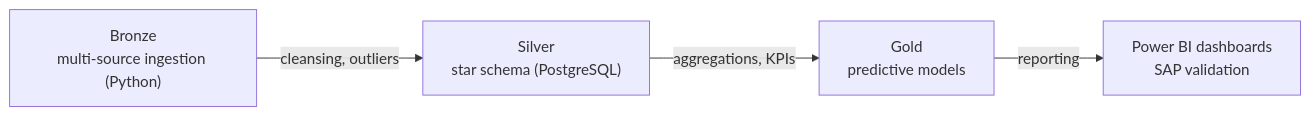
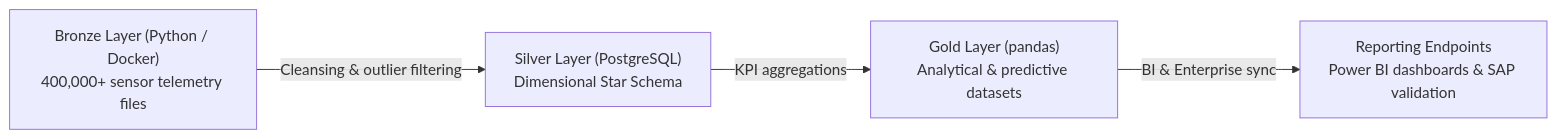
Before and after one commit to Rorro101004/Rorro101004: the second of 3 diagrams in README.md, drawn with Mermaid. The commit also changed other lines of this file and 1 other file, not shown here.

````diff
--- a/README.md
+++ b/README.md
@@ -80,6 +80,6 @@
 ```mermaid
 flowchart LR
-    A["Bronze<br/>multi-source ingestion (Python)"] -->|cleansing, outliers| B["Silver<br/>star schema (PostgreSQL)"]
-    B -->|aggregations, KPIs| C["Gold<br/>predictive models"]
-    C -->|reporting| D["Power BI dashboards<br/>SAP validation"]
+    A["Bronze Layer (Python / Docker)<br/>400,000+ sensor telemetry files"] -->|Cleansing & outlier filtering| B["Silver Layer (PostgreSQL)<br/>Dimensional Star Schema"]
+    B -->|KPI aggregations| C["Gold Layer (pandas)<br/>Analytical & predictive datasets"]
+    C -->|BI & Enterprise sync| D["Reporting Endpoints<br/>Power BI dashboards & SAP validation"]
 ```
````
